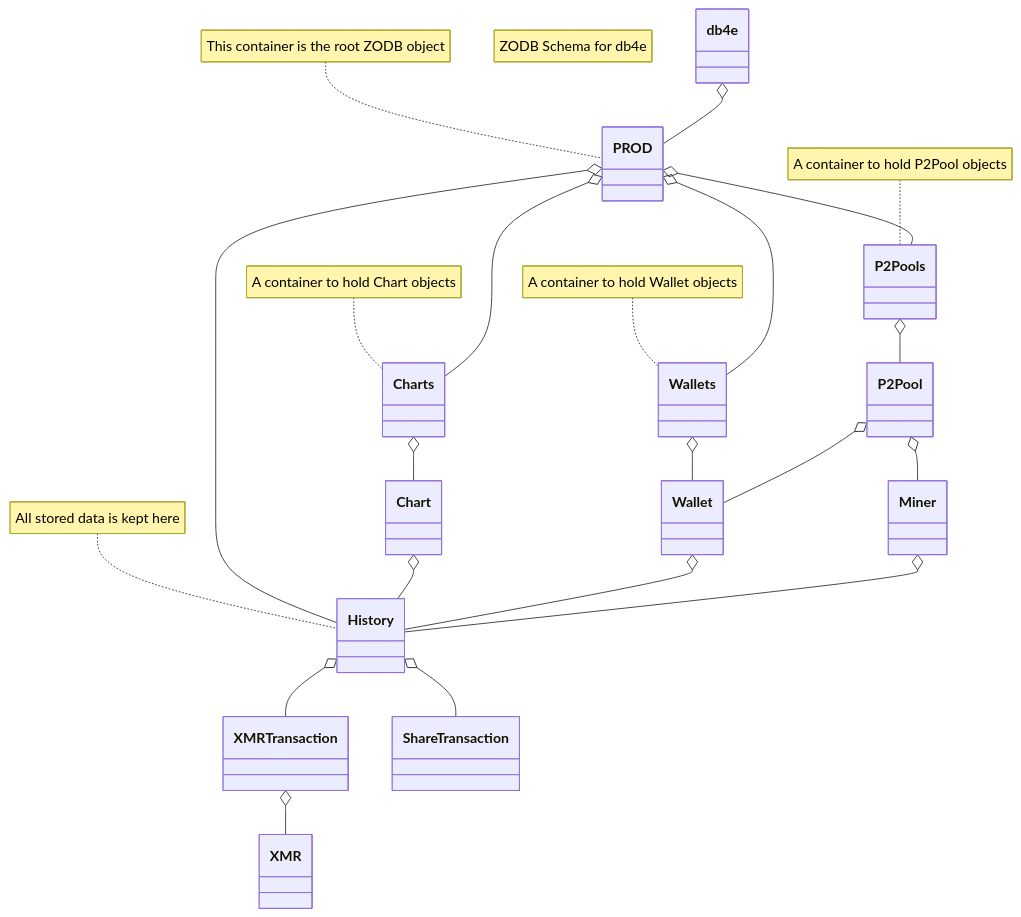
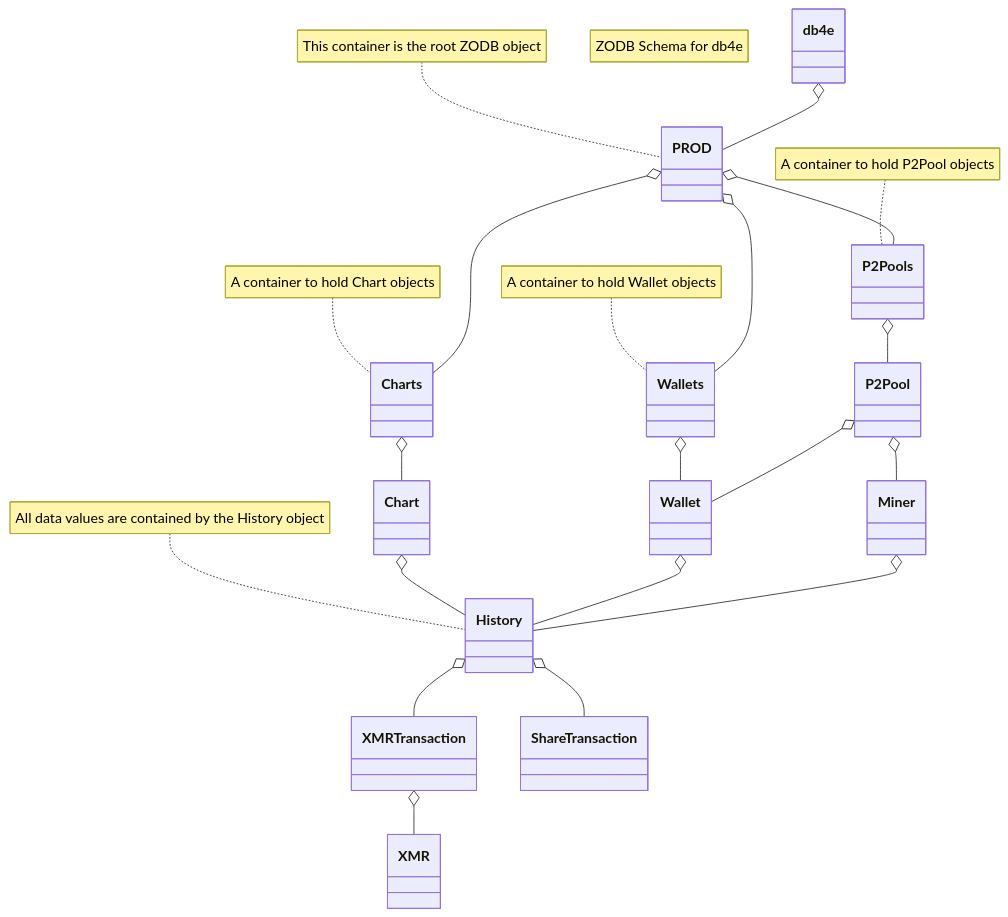
The diagram in _posts/2024-06-05-ZODB-Schema.md (NadimGhaznavi/myzodb), drawn with Mermaid before and after one commit. The commit also changed 20 other files, not shown here.

```diff
--- a/_posts/2024-06-05-ZODB-Schema.md
+++ b/_posts/2024-06-05-ZODB-Schema.md
@@ -11,25 +11,24 @@
 <pre class="mermaid">
   classDiagram
     note "ZODB Schema for db4e"
     db4e o-- PROD
     note for PROD "This container is the root ZODB object"
     PROD o-- Wallets
     note for Wallets "A container to hold Wallet objects"
     Wallets o-- Wallet
     PROD o-- P2Pools
     note for P2Pools "A container to hold P2Pool objects"
     P2Pools o-- P2Pool
-    PROD o-- History
-    note for History "All stored data is kept here"
+    note for History "All data values are contained by the History object"
     PROD o-- Charts
     note for Charts "A container to hold Chart objects"
     Charts o-- Chart
     Chart o-- History
     P2Pool o-- Miner
     P2Pool o-- Wallet
     Wallet o-- History
     Miner o-- History
     History o-- XMRTransaction
     History o-- ShareTransaction
     XMRTransaction o-- XMR
 </pre>
```
